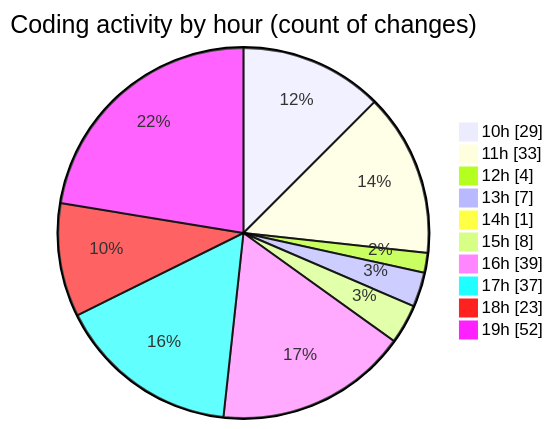
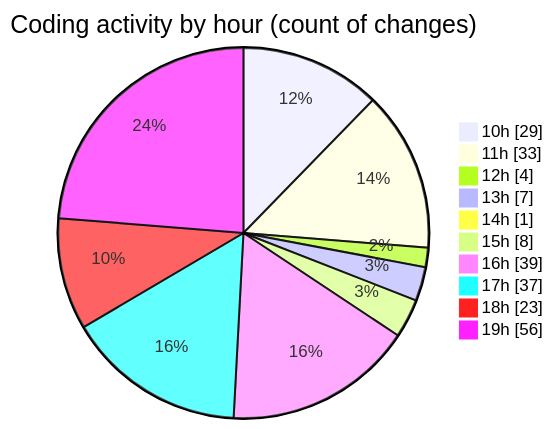
Before and after one commit to momahboobian/code-tracking: the second of 2 diagrams in 2025-06-05/cda/README.md, drawn with Mermaid. The commit also changed other lines of this file and 1 other file, not shown here.

````diff
--- a/2025-06-05/cda/README.md
+++ b/2025-06-05/cda/README.md
@@ -74,14 +74,14 @@
 ```mermaid
 pie showData
 title Coding activity by hour (count of changes)
 "10h" : 29
 "11h" : 33
 "12h" : 4
 "13h" : 7
 "14h" : 1
 "15h" : 8
 "16h" : 39
 "17h" : 37
 "18h" : 23
-"19h" : 52
+"19h" : 56
 ```
````
